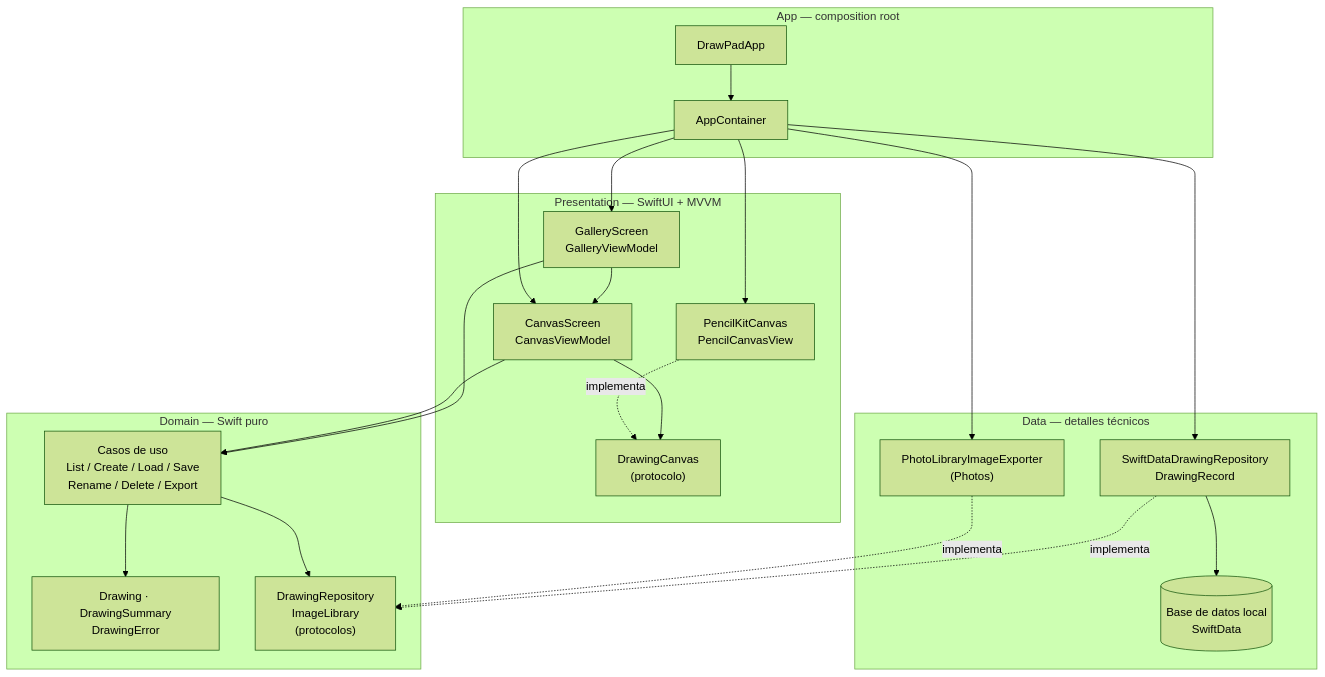
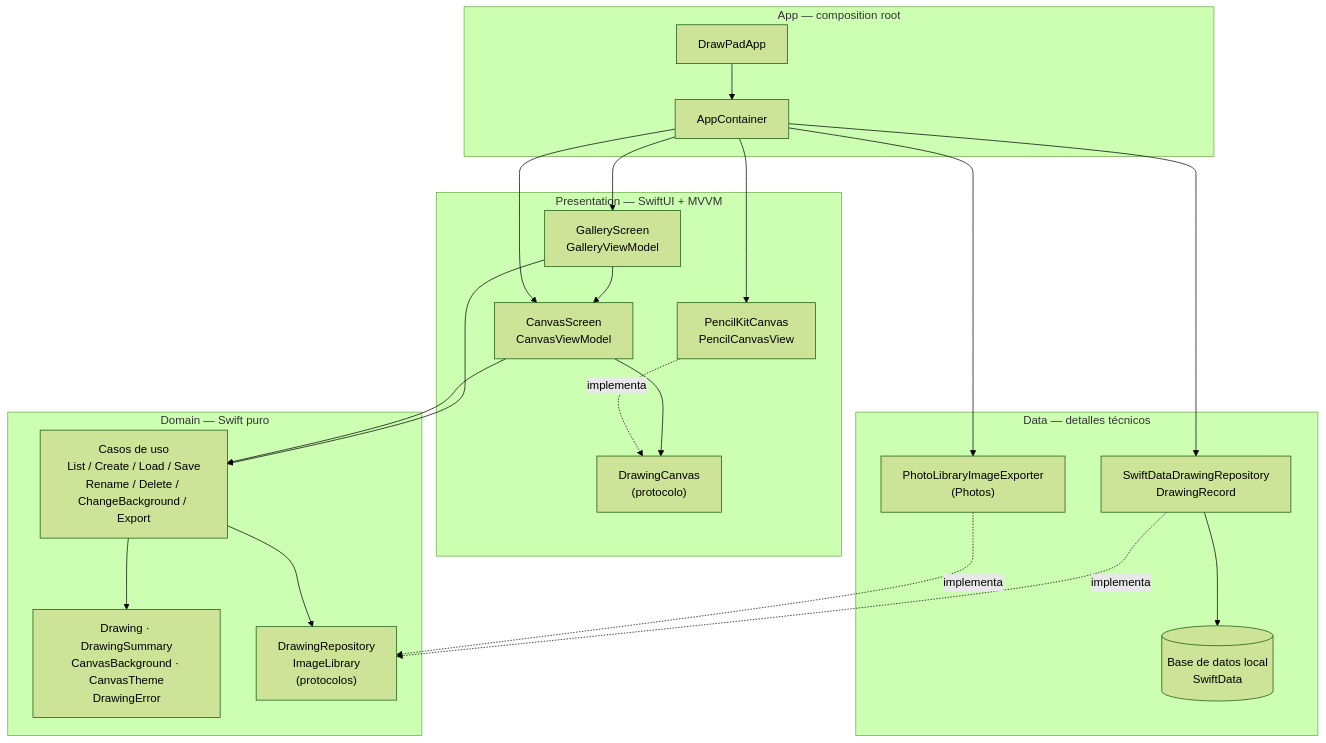
One commit to jhonjairo6230/DrawPad changed the first of 9 diagrams in docs/arquitectura.md. Above: the diagram before and after it, drawn with Mermaid (forest theme). The commit also changed other lines of this file and 26 other files, not shown here.

````diff
--- a/docs/arquitectura.md
+++ b/docs/arquitectura.md
@@ -13,40 +13,40 @@
 ```mermaid
 flowchart TB
     subgraph APP["App — composition root"]
         A1["DrawPadApp"]
         A2["AppContainer"]
     end
     subgraph PRES["Presentation — SwiftUI + MVVM"]
         G1["GalleryScreen<br/>GalleryViewModel"]
         P1["CanvasScreen<br/>CanvasViewModel"]
         P3["DrawingCanvas<br/>(protocolo)"]
         P4["PencilKitCanvas<br/>PencilCanvasView"]
     end
     subgraph DOM["Domain — Swift puro"]
-        D1["Casos de uso<br/>List / Create / Load / Save<br/>Rename / Delete / Export"]
-        D2["Drawing · DrawingSummary<br/>DrawingError"]
+        D1["Casos de uso<br/>List / Create / Load / Save<br/>Rename / Delete / ChangeBackground / Export"]
+        D2["Drawing · DrawingSummary<br/>CanvasBackground · CanvasTheme<br/>DrawingError"]
         D3["DrawingRepository<br/>ImageLibrary<br/>(protocolos)"]
     end
     subgraph DATA["Data — detalles técnicos"]
         T1["SwiftDataDrawingRepository<br/>DrawingRecord"]
         T2["PhotoLibraryImageExporter<br/>(Photos)"]
         T3[("Base de datos local<br/>SwiftData")]
     end
 
     G1 --> P1
     G1 --> D1
     P1 --> P3
     P1 --> D1
     P4 -. implementa .-> P3
     D1 --> D2
     D1 --> D3
     T1 -. implementa .-> D3
     T2 -. implementa .-> D3
     T1 --> T3
     A1 --> A2
     A2 --> G1
     A2 --> P1
     A2 --> P4
     A2 --> T1
     A2 --> T2
 ```
````
